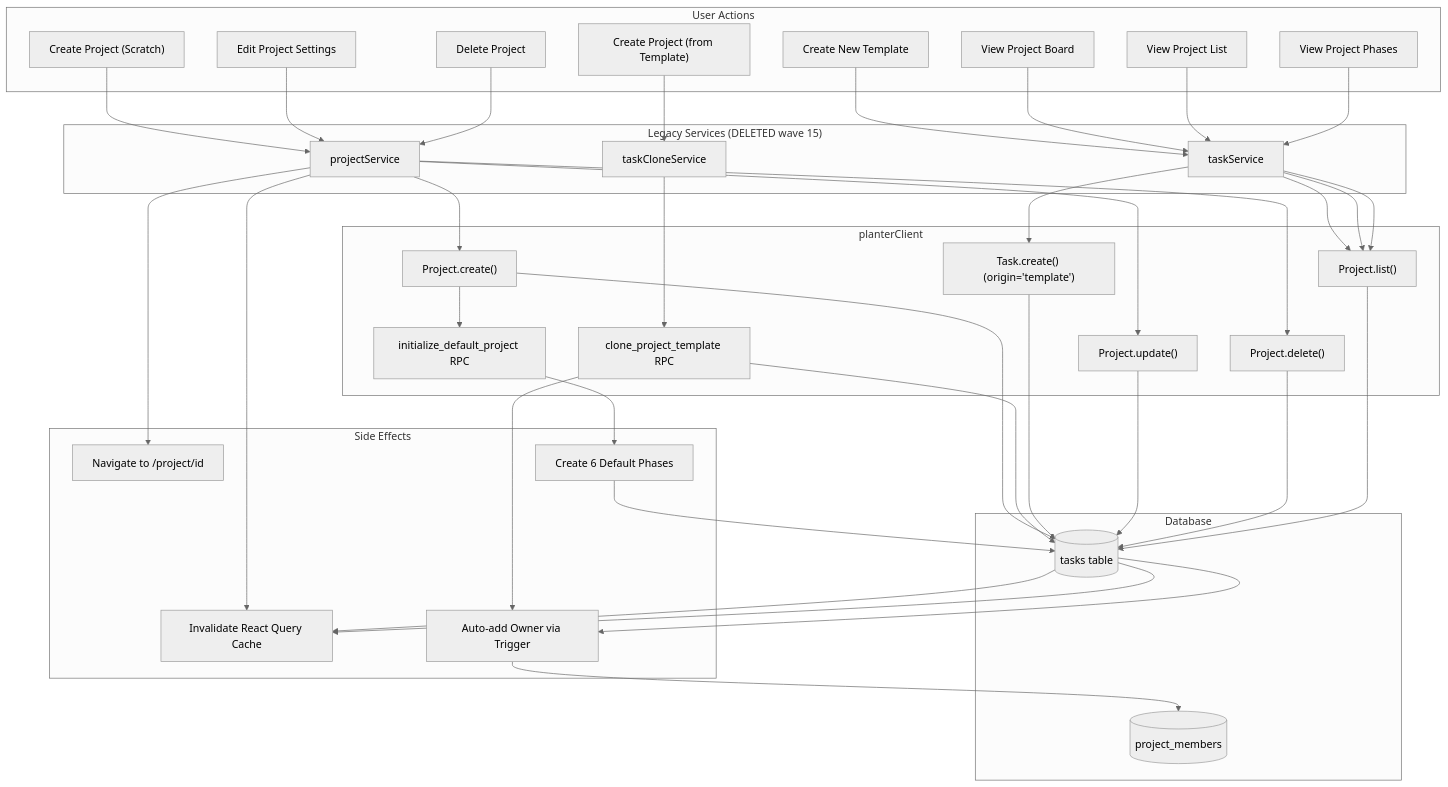
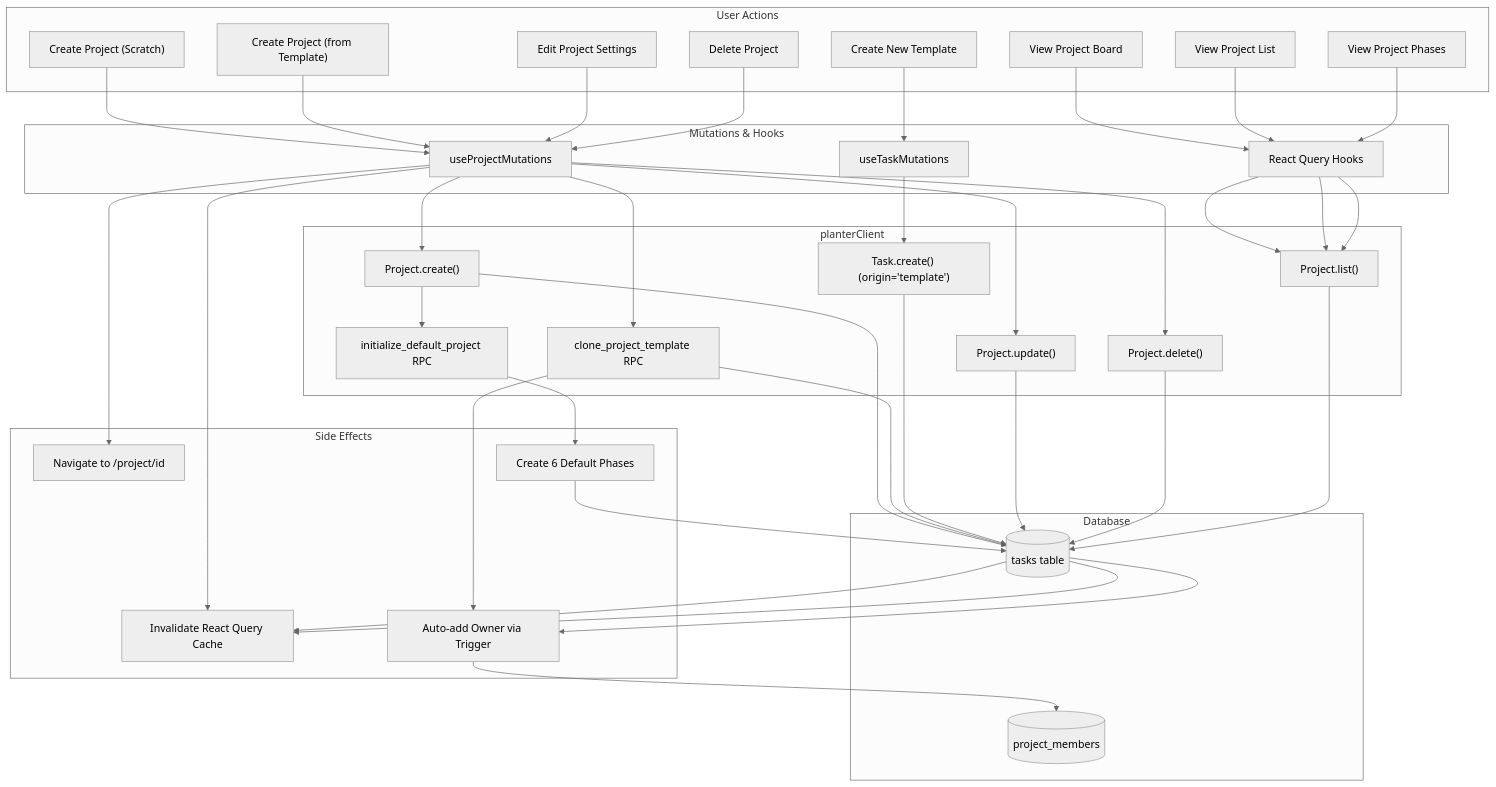
Before and after one commit to JoelA510/PlanterPlan-Alpha: the third of 10 diagrams in .ai-ignore/docs/PROJECT_MIND_MAP.md, drawn with Mermaid (neutral theme). The commit also changed other lines of this file and 5 other files, not shown here.

Commit message:
docs: finalize Wave 15 recap and comprehensive architecture updates

````diff
--- a/.ai-ignore/docs/PROJECT_MIND_MAP.md
+++ b/.ai-ignore/docs/PROJECT_MIND_MAP.md
@@ -353,59 +353,59 @@
 ```mermaid
 flowchart TD
     subgraph "User Actions"
         P1["Create Project (Scratch)"]
         P2["Create Project (from Template)"]
         P_NEW_TMP["Create New Template"]
         P3[Edit Project Settings]
         P4[Delete Project]
         P5[View Project Board]
         P6[View Project List]
         P7[View Project Phases]
     end
 
-    subgraph "Legacy Services (DELETED wave 15)"
-        PS[projectService]
-        TS[taskService]
-        TCS[taskCloneService]
+    subgraph "Mutations & Hooks"
+        PM[useProjectMutations]
+        TM[useTaskMutations]
+        TQ[React Query Hooks]
     end
 
     subgraph "planterClient"
         PC_C["Project.create()"]
         PC_L["Project.list()"]
         PC_U["Project.update()"]
         PC_D["Project.delete()"]
         PC_CL["clone_project_template RPC"]
         PC_INIT["initialize_default_project RPC"]
         PC_TC["Task.create() (origin='template')"]
     end
 
     subgraph "Database"
         DB_T[(tasks table)]
         DB_PM[(project_members)]
     end
 
     subgraph "Side Effects"
         SE_NAV[Navigate to /project/id]
         SE_CACHE[Invalidate React Query Cache]
         SE_MEMBER[Auto-add Owner via Trigger]
         SE_PHASES[Create 6 Default Phases]
     end
 
-    P1 --> PS --> PC_C --> DB_T
+    P1 --> PM --> PC_C --> DB_T
     PC_C --> PC_INIT --> SE_PHASES --> DB_T
     DB_T --> SE_MEMBER --> DB_PM
-    PS --> SE_NAV
-    PS --> SE_CACHE
+    PM --> SE_NAV
+    PM --> SE_CACHE
 
-    P2 --> TCS --> PC_CL --> DB_T
+    P2 --> PM --> PC_CL --> DB_T
     PC_CL --> SE_MEMBER
 
-    P_NEW_TMP --> TS --> PC_TC --> DB_T
+    P_NEW_TMP --> TM --> PC_TC --> DB_T
 
-    P3 --> PS --> PC_U --> DB_T --> SE_CACHE
-    P4 --> PS --> PC_D --> DB_T --> SE_CACHE
+    P3 --> PM --> PC_U --> DB_T --> SE_CACHE
+    P4 --> PM --> PC_D --> DB_T --> SE_CACHE
 
-    P5 --> TS --> PC_L --> DB_T
-    P6 --> TS --> PC_L
-    P7 --> TS --> PC_L
+    P5 --> TQ --> PC_L --> DB_T
+    P6 --> TQ --> PC_L
+    P7 --> TQ --> PC_L
 ```
````
